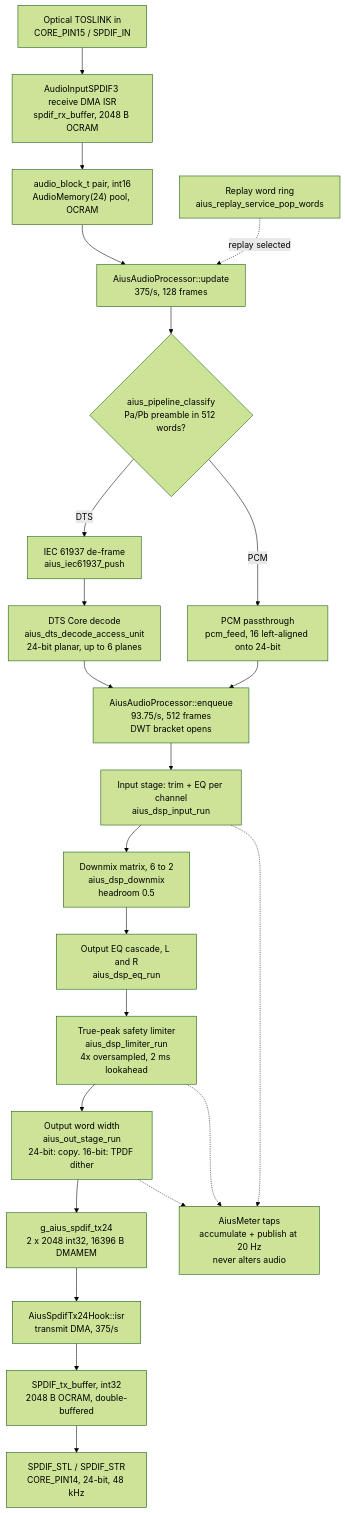
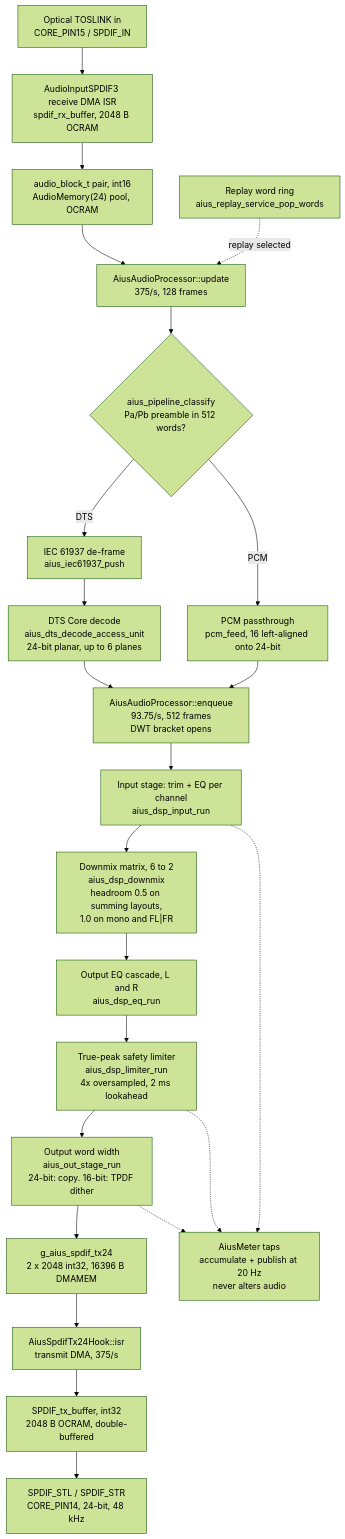
The diagram in docs/reference/signal-path.md (d3aek/aius), drawn with Mermaid (forest theme) before and after one commit. The commit also changed other lines of this file and 20 other files, not shown here.

````diff
--- a/docs/reference/signal-path.md
+++ b/docs/reference/signal-path.md
@@ -91,34 +91,34 @@
 ```mermaid
 flowchart TD
     OPT["Optical TOSLINK in<br/>CORE_PIN15 / SPDIF_IN"]
     RX["AudioInputSPDIF3 receive DMA ISR<br/>spdif_rx_buffer, 2048 B OCRAM"]
     BLK["audio_block_t pair, int16<br/>AudioMemory(24) pool, OCRAM"]
     UPD["AiusAudioProcessor::update<br/>375/s, 128 frames"]
     RPL["Replay word ring<br/>aius_replay_service_pop_words"]
     CLS{"aius_pipeline_classify<br/>Pa/Pb preamble in 512 words?"}
     IEC["IEC 61937 de-frame<br/>aius_iec61937_push"]
     DTS["DTS Core decode<br/>aius_dts_decode_access_unit<br/>24-bit planar, up to 6 planes"]
     PCM["PCM passthrough<br/>pcm_feed, 16 left-aligned onto 24-bit"]
     ENQ["AiusAudioProcessor::enqueue<br/>93.75/s, 512 frames<br/>DWT bracket opens"]
     IN["Input stage: trim + EQ per channel<br/>aius_dsp_input_run"]
-    DMX["Downmix matrix, 6 to 2<br/>aius_dsp_downmix<br/>headroom 0.5"]
+    DMX["Downmix matrix, 6 to 2<br/>aius_dsp_downmix<br/>headroom 0.5 on summing layouts,<br/>1.0 on mono and FL|FR"]
     OEQ["Output EQ cascade, L and R<br/>aius_dsp_eq_run"]
     LIM["True-peak safety limiter<br/>aius_dsp_limiter_run<br/>4x oversampled, 2 ms lookahead"]
     OUT["Output word width<br/>aius_out_stage_run<br/>24-bit: copy. 16-bit: TPDF dither"]
     RING["g_aius_spdif_tx24<br/>2 x 2048 int32, 16396 B DMAMEM"]
     TXI["AiusSpdifTx24Hook::isr<br/>transmit DMA, 375/s"]
     TXB["SPDIF_tx_buffer, int32<br/>2048 B OCRAM, double-buffered"]
     WIRE["SPDIF_STL / SPDIF_STR<br/>CORE_PIN14, 24-bit, 48 kHz"]
     MET["AiusMeter taps<br/>accumulate + publish at 20 Hz<br/>never alters audio"]
 
     OPT --> RX --> BLK --> UPD
     RPL -.->|"replay selected"| UPD
     UPD --> CLS
     CLS -->|DTS| IEC --> DTS --> ENQ
     CLS -->|PCM| PCM --> ENQ
     ENQ --> IN --> DMX --> OEQ --> LIM --> OUT --> RING
     RING --> TXI --> TXB --> WIRE
     IN -.-> MET
     LIM -.-> MET
     OUT -.-> MET
 ```
````
